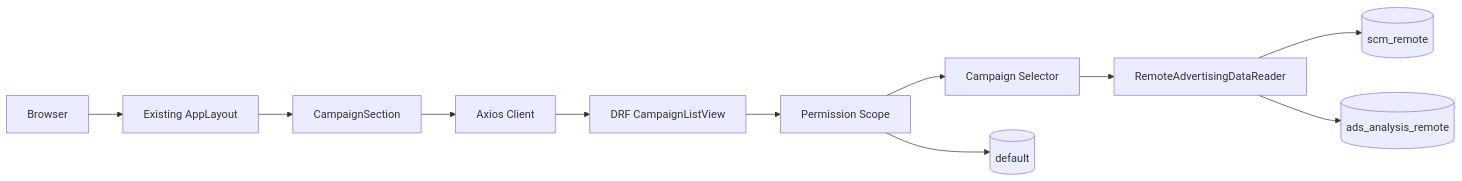
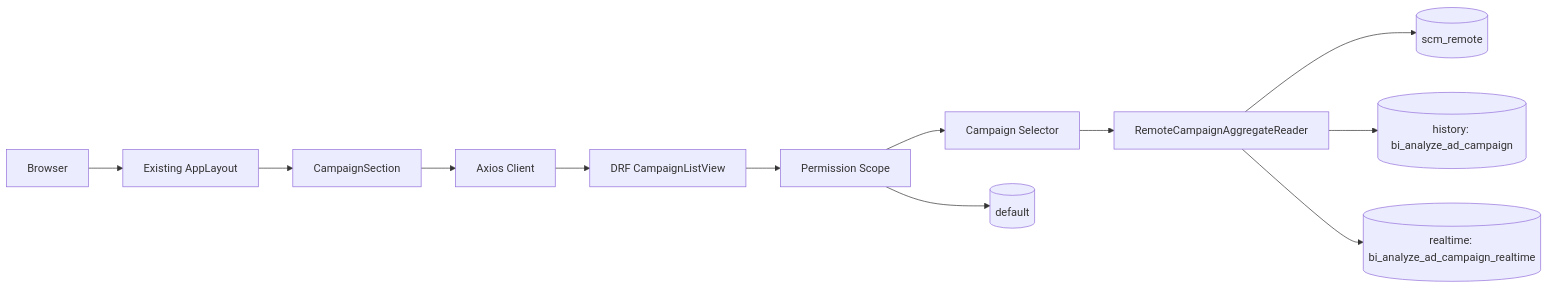
The second of 4 diagrams in docs/technical-design/2026-08-amazon-ads-campaign-section-design-v2.md (Master-Zhao/amazon), drawn with Mermaid before and after one commit. The commit also changed other lines of this file and 55 other files, not shown here.

```diff
--- a/docs/technical-design/2026-08-amazon-ads-campaign-section-design-v2.md
+++ b/docs/technical-design/2026-08-amazon-ads-campaign-section-design-v2.md
@@ -650,19 +707,21 @@
 ~~~mermaid
 flowchart LR
     B["Browser"]
     L["Existing AppLayout"]
     C["CampaignSection"]
     A["Axios Client"]
     V["DRF CampaignListView"]
     P["Permission Scope"]
     S["Campaign Selector"]
-    R["RemoteAdvertisingDataReader"]
+    R["RemoteCampaignAggregateReader"]
     SCM[("scm_remote")]
-    ANA[("ads_analysis_remote")]
+    HIS[("history: bi_analyze_ad_campaign")]
+    RT[("realtime: bi_analyze_ad_campaign_realtime")]
     SYS[("default")]
 
     B --> L --> C --> A --> V --> P --> S --> R
     P --> SYS
     R --> SCM
-    R --> ANA
+    R --> HIS
+    R --> RT
 ~~~
```
